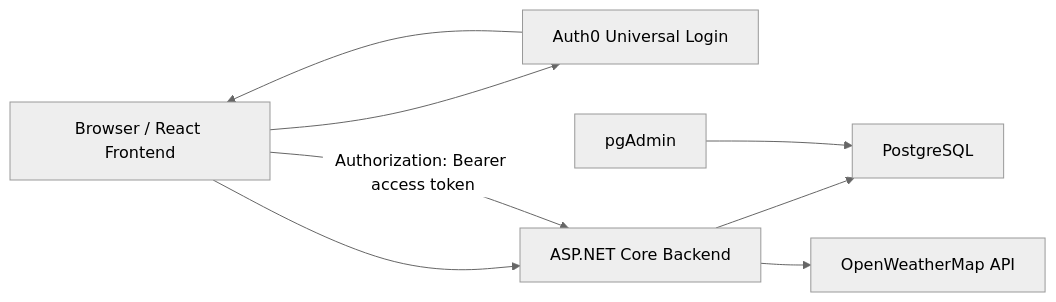
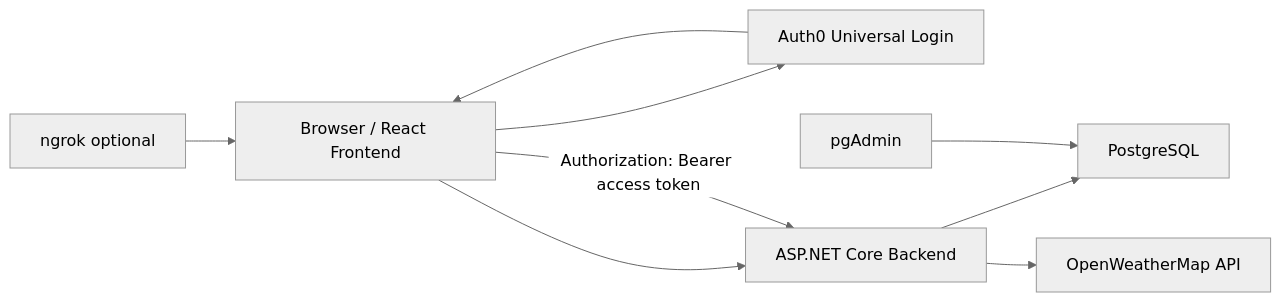
Before and after one commit to peterschmid04/weather-app: the diagram in README.md, drawn with Mermaid (neutral theme). The commit also changed other lines of this file and 8 other files, not shown here.

````diff
--- a/README.md
+++ b/README.md
@@ -203,10 +464,11 @@
 ```mermaid
 flowchart LR
   Browser["Browser / React Frontend"] --> Auth0["Auth0 Universal Login"]
   Browser --> API["ASP.NET Core Backend"]
   API --> Postgres["PostgreSQL"]
   API --> OWM["OpenWeatherMap API"]
   PgAdmin["pgAdmin"] --> Postgres
+  Ngrok["ngrok optional"] --> Browser
   Auth0 --> Browser
   Browser -->|"Authorization: Bearer access token"| API
 ```
````
